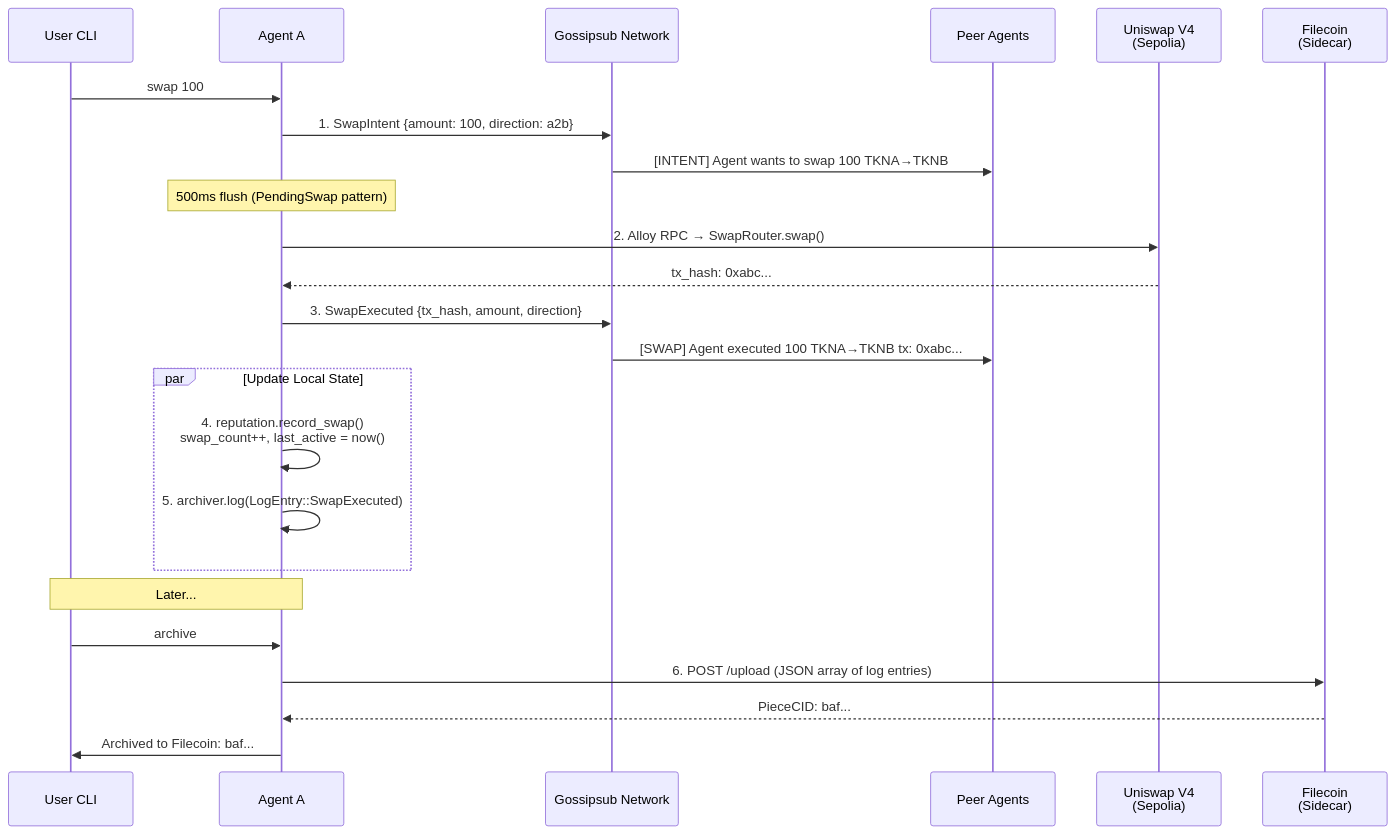
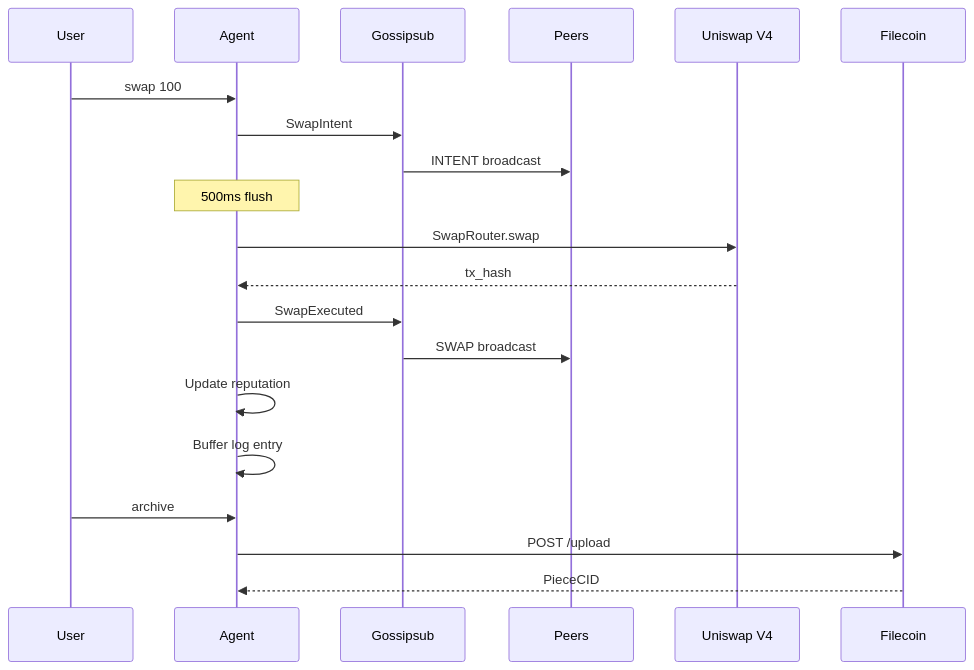
The tenth of 12 diagrams in documentation/architecture.md (Patrick-Ehimen/libp2p-v4-swap-agents), drawn with Mermaid before and after one commit. The commit also changed other lines of this file, not shown here.

First line of the commit message:
fix: simplify Mermaid diagrams for GitHub rendering

````diff
--- a/documentation/architecture.md
+++ b/documentation/architecture.md
@@ -345,32 +236,28 @@
 ```mermaid
 sequenceDiagram
-    participant User as User CLI
-    participant Agent as Agent A
-    participant GS as Gossipsub Network
-    participant Peers as Peer Agents
-    participant ETH as Uniswap V4<br/>(Sepolia)
-    participant FIL as Filecoin<br/>(Sidecar)
+    participant User
+    participant Agent
+    participant GS as Gossipsub
+    participant Peers
+    participant ETH as Uniswap V4
+    participant FIL as Filecoin
 
     User->>Agent: swap 100
-    Agent->>GS: 1. SwapIntent {amount: 100, direction: a2b}
-    GS->>Peers: [INTENT] Agent wants to swap 100 TKNA→TKNB
+    Agent->>GS: SwapIntent
+    GS->>Peers: INTENT broadcast
 
-    Note over Agent: 500ms flush (PendingSwap pattern)
+    Note over Agent: 500ms flush
 
-    Agent->>ETH: 2. Alloy RPC → SwapRouter.swap()
-    ETH-->>Agent: tx_hash: 0xabc...
+    Agent->>ETH: SwapRouter.swap
+    ETH-->>Agent: tx_hash
 
-    Agent->>GS: 3. SwapExecuted {tx_hash, amount, direction}
-    GS->>Peers: [SWAP] Agent executed 100 TKNA→TKNB tx: 0xabc...
+    Agent->>GS: SwapExecuted
+    GS->>Peers: SWAP broadcast
 
-    par Update Local State
-        Agent->>Agent: 4. reputation.record_swap()<br/>swap_count++, last_active = now()
-        Agent->>Agent: 5. archiver.log(LogEntry::SwapExecuted)
-    end
+    Agent->>Agent: Update reputation
+    Agent->>Agent: Buffer log entry
 
-    Note over User,Agent: Later...
     User->>Agent: archive
-    Agent->>FIL: 6. POST /upload (JSON array of log entries)
-    FIL-->>Agent: PieceCID: baf...
-    Agent->>User: Archived to Filecoin: baf...
+    Agent->>FIL: POST /upload
+    FIL-->>Agent: PieceCID
 ```
````
